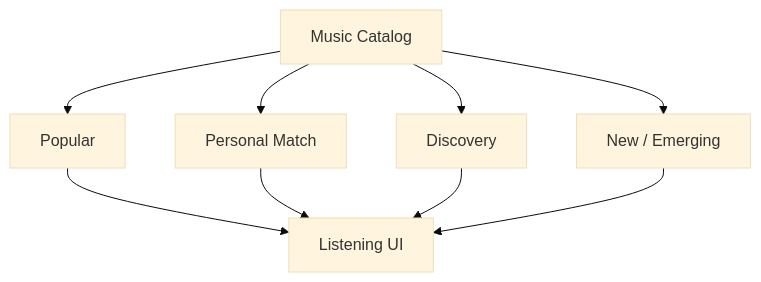
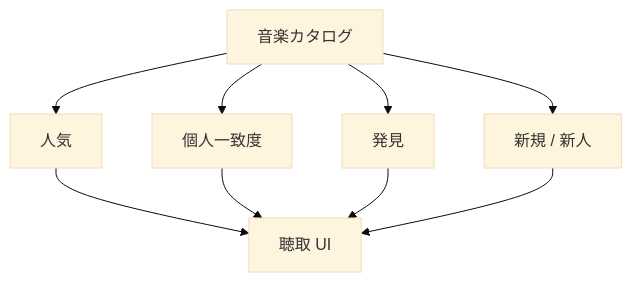
Before and after one commit to ShigeichiroYamasaki/creator-first-platform: the fifth of 35 diagrams in docs/whitepaper/08-discovery-community.md, drawn with Mermaid (base theme). The commit also changed other lines of this file and 72 other files, not shown here.

````diff
--- a/docs/whitepaper/08-discovery-community.md
+++ b/docs/whitepaper/08-discovery-community.md
@@ -183,14 +183,14 @@
 ```mermaid
 flowchart TD
-    CATALOG[Music Catalog]
+    CATALOG[音楽カタログ]
 
-    CATALOG --> POP[Popular]
-    CATALOG --> PERSONAL[Personal Match]
-    CATALOG --> DISC[Discovery]
-    CATALOG --> NEW[New / Emerging]
+    CATALOG --> POP[人気]
+    CATALOG --> PERSONAL[個人一致度]
+    CATALOG --> DISC[発見]
+    CATALOG --> NEW[新規 / 新人]
 
-    POP --> UI[Listening UI]
+    POP --> UI[聴取 UI]
     PERSONAL --> UI
     DISC --> UI
     NEW --> UI
 ```
````
